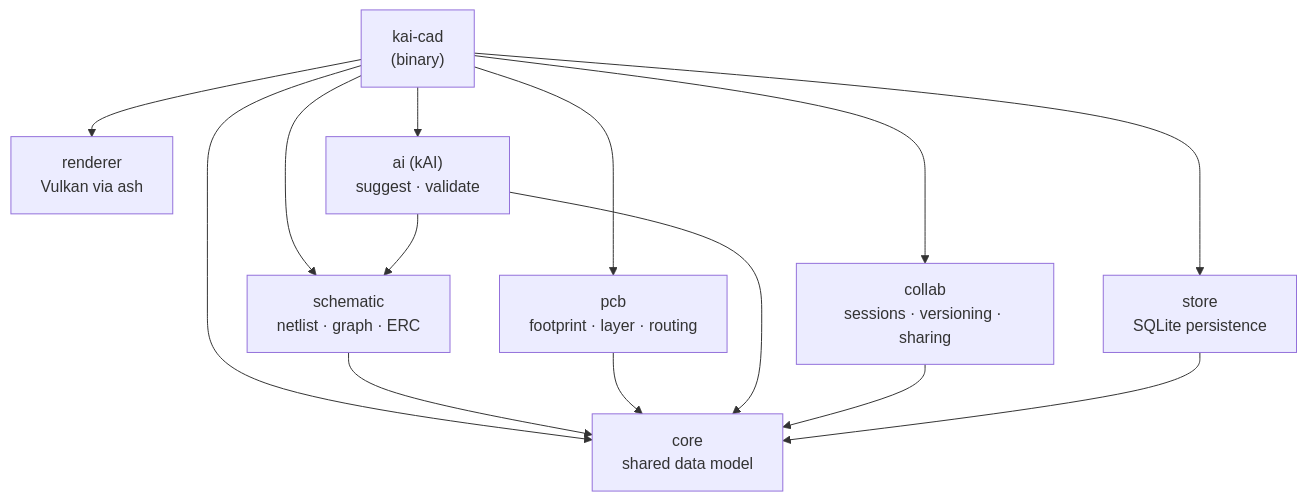
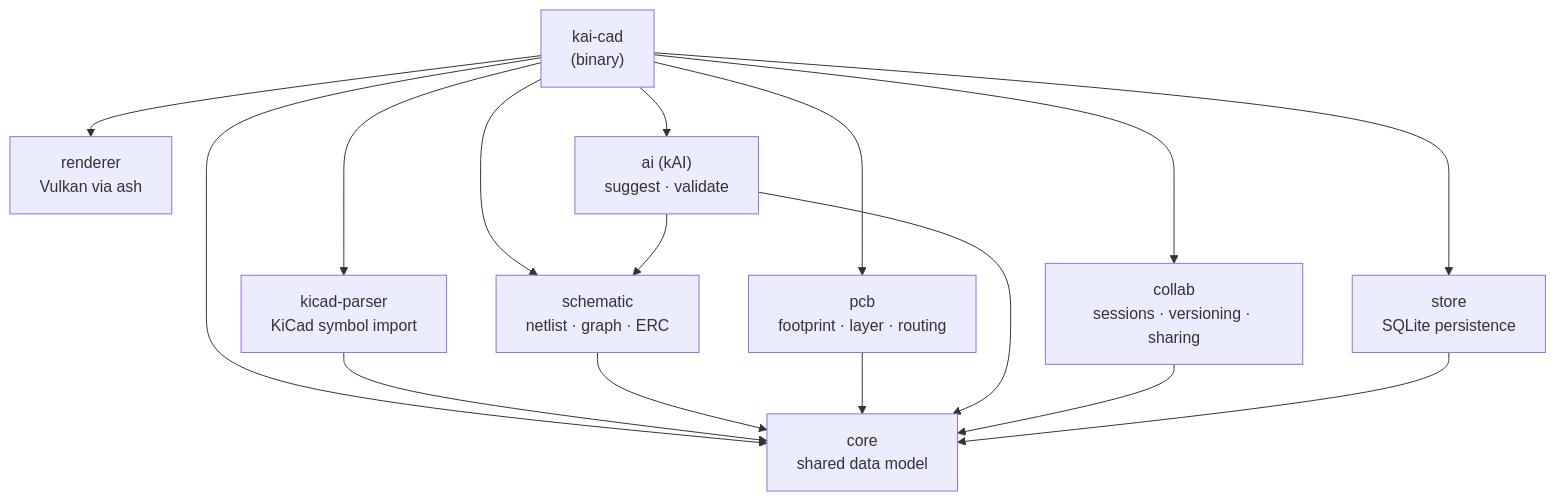
One commit to sneakylizard123-4/KaiCad changed the first of 3 diagrams in docs/ARCHITECTURE.md. Above: the diagram before and after it, drawn with Mermaid. The commit also changed other lines of this file and 7 other files, not shown here.

````diff
--- a/docs/ARCHITECTURE.md
+++ b/docs/ARCHITECTURE.md
@@ -18,26 +19,29 @@
 ```mermaid
 graph TD
     app["kai-cad<br/>(binary)"]
     core["core<br/>shared data model"]
     schematic["schematic<br/>netlist · graph · ERC"]
     pcb["pcb<br/>footprint · layer · routing"]
     renderer["renderer<br/>Vulkan via ash"]
     ai["ai (kAI)<br/>suggest · validate"]
     collab["collab<br/>sessions · versioning · sharing"]
     store["store<br/>SQLite persistence"]
+    kicad_parser["kicad-parser<br/>KiCad symbol import"]
 
     app --> core
     app --> schematic
     app --> pcb
     app --> renderer
     app --> ai
     app --> collab
     app --> store
+    app --> kicad_parser
 
+    kicad_parser --> core
     schematic --> core
     pcb --> core
     ai --> core
     ai --> schematic
     collab --> core
     store --> core
 ```
````
